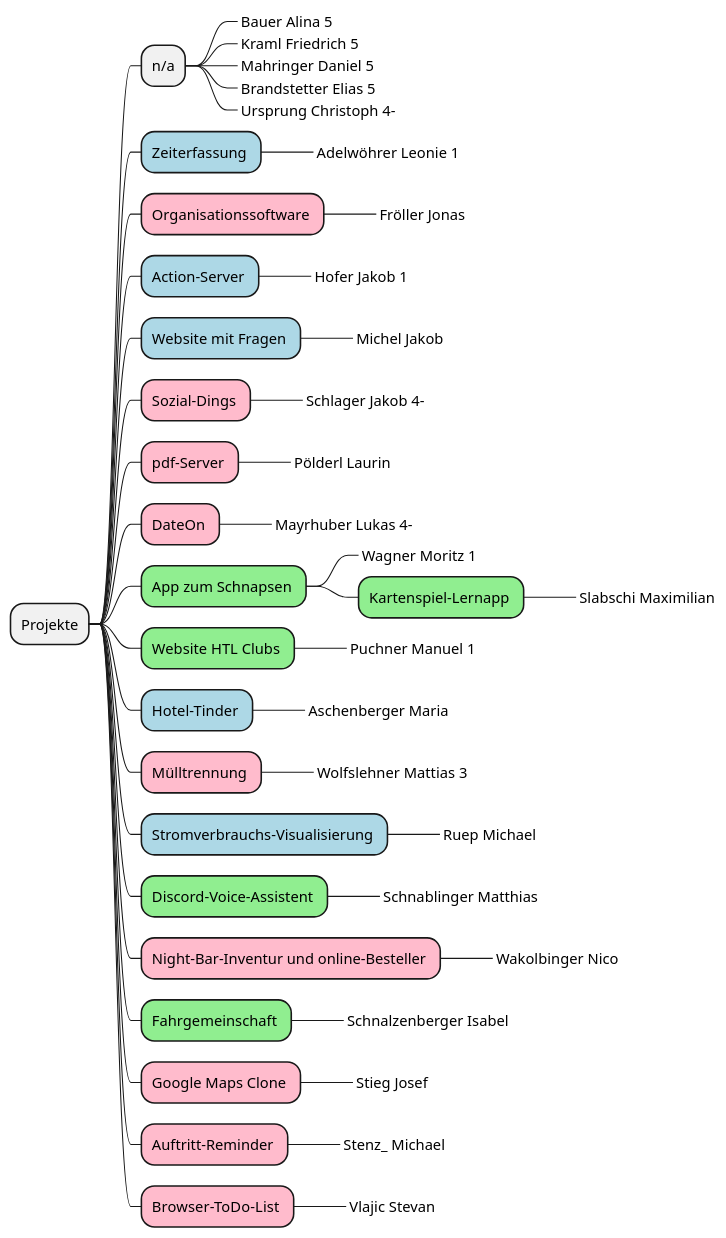
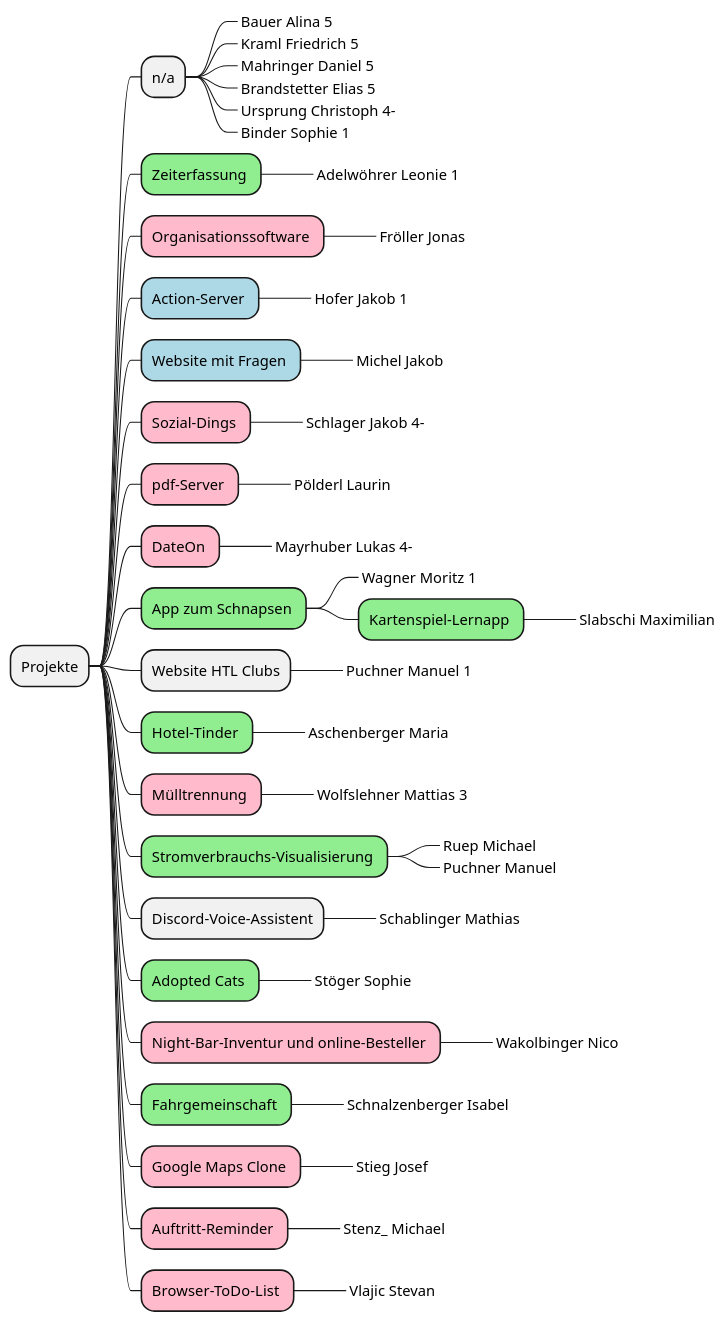
Before and after one commit to 2223-3ahitm-itp/2223-3ahitm-itp-lecture-notes: the diagram in asciidocs/plantuml/projektantrag.puml, drawn with PlantUML. The commit also changed 3 other files, not shown here.

```diff
--- a/asciidocs/plantuml/projektantrag.puml
+++ b/asciidocs/plantuml/projektantrag.puml
@@ -1,65 +1,68 @@
 @startmindmap
 <style>
 mindmapDiagram {
   .green {
     BackgroundColor lightgreen
   }
   .rose {
     BackgroundColor #FFBBCC
   }
   .blue {
     BackgroundColor lightblue
   }
 }
 </style>
 * Projekte
 ** n/a
 ***_ Bauer Alina 5
 ***_ Kraml Friedrich 5
 ***_ Mahringer Daniel 5
 ***_ Brandstetter Elias 5
 ***_ Ursprung Christoph 4-
+***_ Binder Sophie 1
 
 
-
-** Zeiterfassung <<blue>>
+** Zeiterfassung <<green>>
 ***_ Adelwöhrer Leonie 1
 ** Organisationssoftware <<rose>>
 ***_ Fröller Jonas
 ** Action-Server <<blue>>
 ***_ Hofer Jakob 1
 ** Website mit Fragen <<blue>>
 ***_ Michel Jakob
 ** Sozial-Dings <<rose>>
 ***_ Schlager Jakob 4-
 ** pdf-Server <<rose>>
 ***_ Pölderl Laurin
 ** DateOn <<rose>>
 ***_ Mayrhuber Lukas 4-
 ** App zum Schnapsen <<green>>
 ***_ Wagner Moritz 1
 *** Kartenspiel-Lernapp <<green>>
 ****_ Slabschi Maximilian
-** Website HTL Clubs <<green>>
+** Website HTL Clubs
 ***_ Puchner Manuel 1
-** Hotel-Tinder <<blue>>
+** Hotel-Tinder <<green>>
 ***_ Aschenberger Maria
 ** Mülltrennung <<rose>>
 ***_ Wolfslehner Mattias 3
-** Stromverbrauchs-Visualisierung <<blue>>
+** Stromverbrauchs-Visualisierung <<green>>
 ***_ Ruep Michael
-** Discord-Voice-Assistent <<green>>
-***_ Schnablinger Matthias
+***_ Puchner Manuel
+** Discord-Voice-Assistent
+***_ Schablinger Mathias
+** Adopted Cats <<green>>
+***_ Stöger Sophie
 ** Night-Bar-Inventur und online-Besteller <<rose>>
 ***_ Wakolbinger Nico
 ** Fahrgemeinschaft <<green>>
 ***_ Schnalzenberger Isabel
 ** Google Maps Clone <<rose>>
 ***_ Stieg Josef
 ** Auftritt-Reminder <<rose>>
 ***_ Stenz_ Michael
 ** Browser-ToDo-List <<rose>>
 ***_ Vlajic Stevan
 
 
 @endmindmap
```
